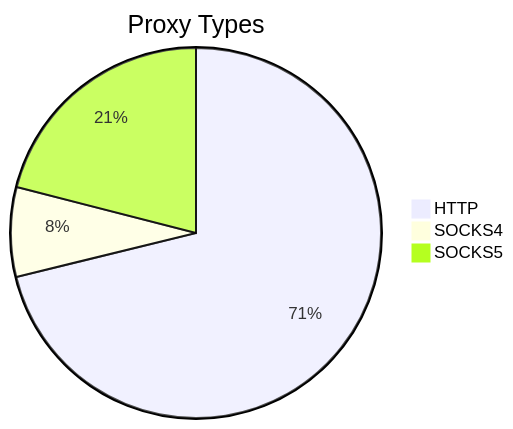
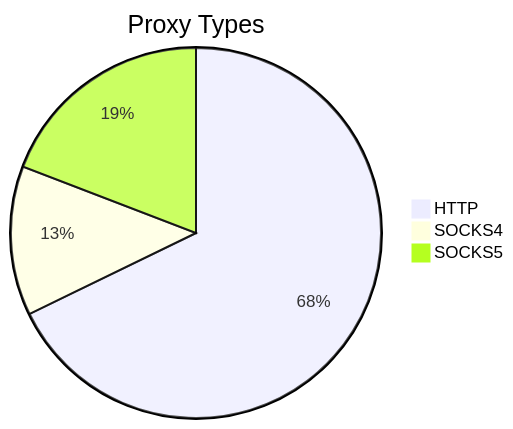
One commit to stormsia/proxy-list changed the first of 2 diagrams in README.md. Above: the diagram before and after it, drawn with Mermaid. The commit also changed other lines of this file, not shown here.

````diff
--- a/README.md
+++ b/README.md
@@ -21,6 +21,6 @@
 ```mermaid
 pie title Proxy Types
-    "HTTP" : 410
-    "SOCKS4" : 45
-    "SOCKS5" : 121
+    "HTTP" : 442
+    "SOCKS4" : 85
+    "SOCKS5" : 125
 ```
````
